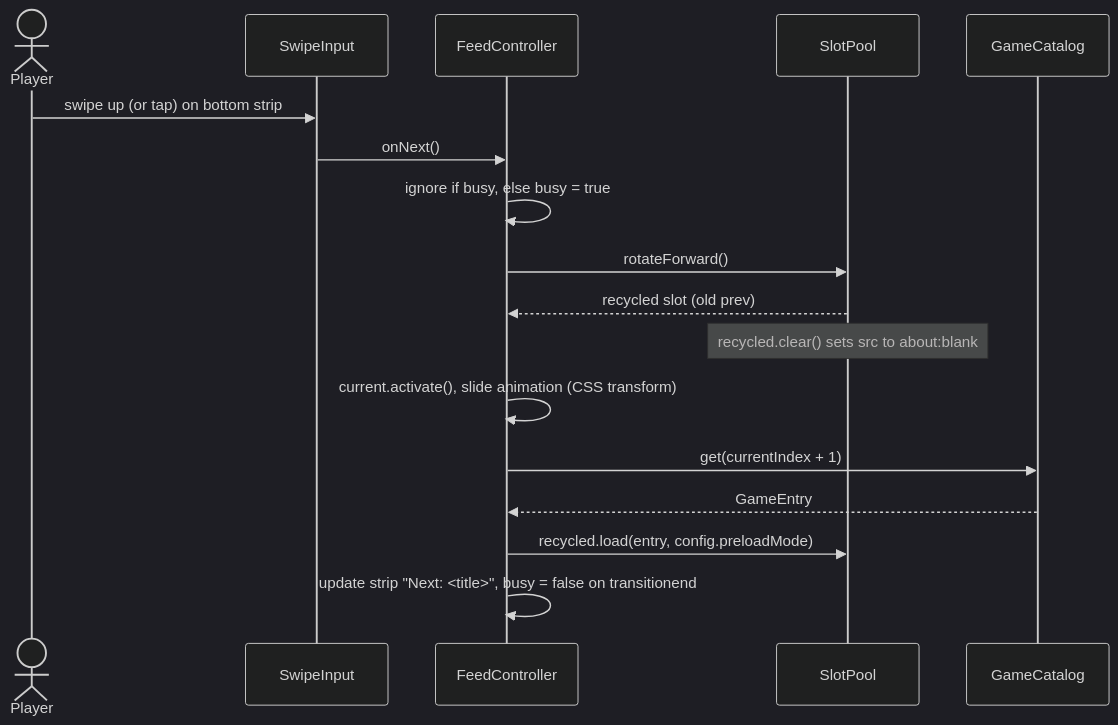
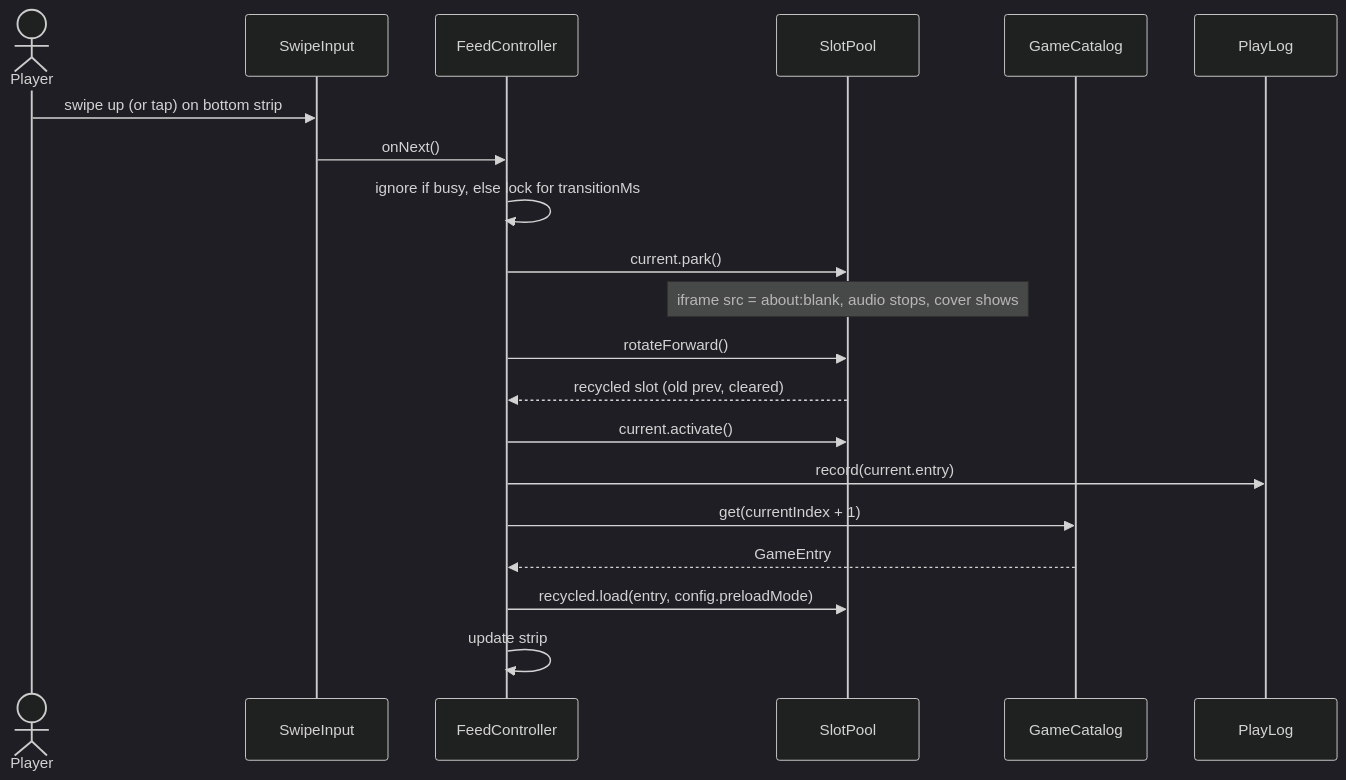
The second of 5 diagrams in apps/snackable/docs/plans/0001-snackable-game-feed.md (abr-designs/web-apps), drawn with Mermaid (dark theme) before and after one commit. The commit also changed other lines of this file and 15 other files, not shown here.

````diff
--- a/apps/snackable/docs/plans/0001-snackable-game-feed.md
+++ b/apps/snackable/docs/plans/0001-snackable-game-feed.md
@@ -100,20 +132,23 @@
 ```mermaid
 sequenceDiagram
     actor Player
     participant Swipe as SwipeInput
     participant Feed as FeedController
     participant Pool as SlotPool
     participant Cat as GameCatalog
+    participant Log as PlayLog
 
     Player->>Swipe: swipe up (or tap) on bottom strip
     Swipe->>Feed: onNext()
-    Feed->>Feed: ignore if busy, else busy = true
+    Feed->>Feed: ignore if busy, else lock for transitionMs
+    Feed->>Pool: current.park()
+    Note over Pool: iframe src = about:blank, audio stops, cover shows
     Feed->>Pool: rotateForward()
-    Pool-->>Feed: recycled slot (old prev)
-    Note over Pool: recycled.clear() sets src to about:blank
-    Feed->>Feed: current.activate(), slide animation (CSS transform)
+    Pool-->>Feed: recycled slot (old prev, cleared)
+    Feed->>Pool: current.activate()
+    Feed->>Log: record(current.entry)
     Feed->>Cat: get(currentIndex + 1)
     Cat-->>Feed: GameEntry
     Feed->>Pool: recycled.load(entry, config.preloadMode)
-    Feed->>Feed: update strip "Next: <title>", busy = false on transitionend
+    Feed->>Feed: update strip
 ```
````
